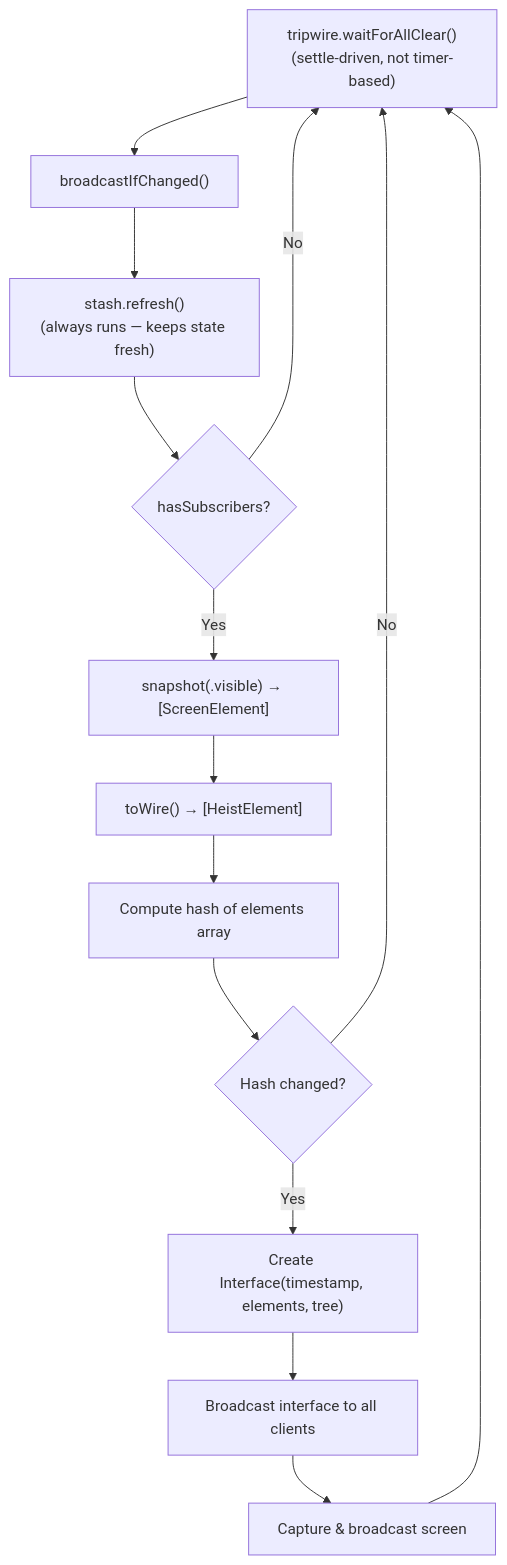
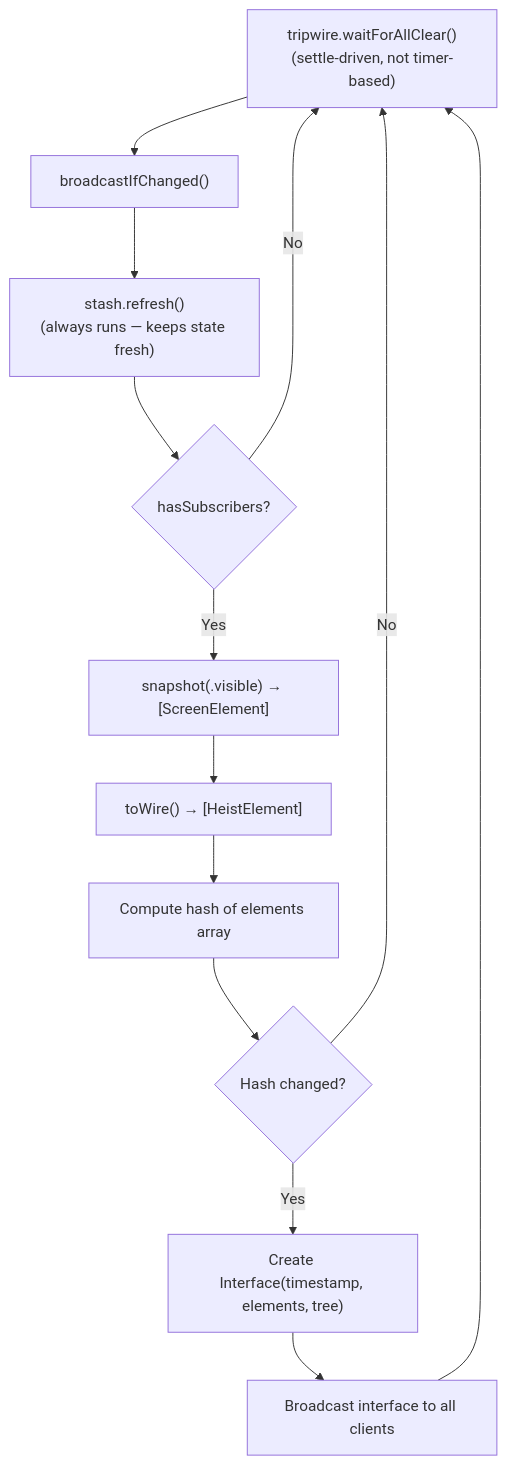
Before and after one commit to RoyalPineapple/TheButtonHeist: the eighth of 10 diagrams in docs/ARCHITECTURE.md, drawn with Mermaid. The commit also changed other lines of this file and 18 other files, not shown here.

````diff
--- a/docs/ARCHITECTURE.md
+++ b/docs/ARCHITECTURE.md
@@ -568,16 +566,15 @@
 ```mermaid
 flowchart TD
     A["tripwire.waitForAllClear()<br>(settle-driven, not timer-based)"] --> B["broadcastIfChanged()"]
     B --> B2["stash.refresh()<br/>(always runs — keeps state fresh)"]
     B2 --> B1{"hasSubscribers?"}
     B1 -->|No| A
     B1 -->|Yes| E["snapshot(.visible) → [ScreenElement]"]
     E --> F["toWire() → [HeistElement]"]
     F --> G["Compute hash of elements array"]
     G --> H{"Hash changed?"}
     H -->|No| A
     H -->|Yes| I["Create Interface(timestamp, elements, tree)"]
     I --> J["Broadcast interface to all clients"]
-    J --> K["Capture & broadcast screen"]
-    K --> A
+    J --> A
 ```
````
